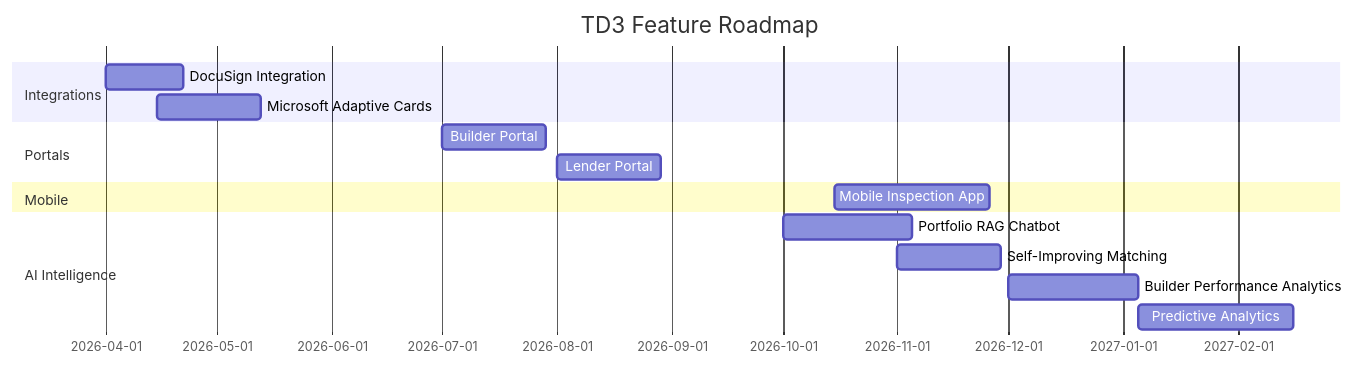
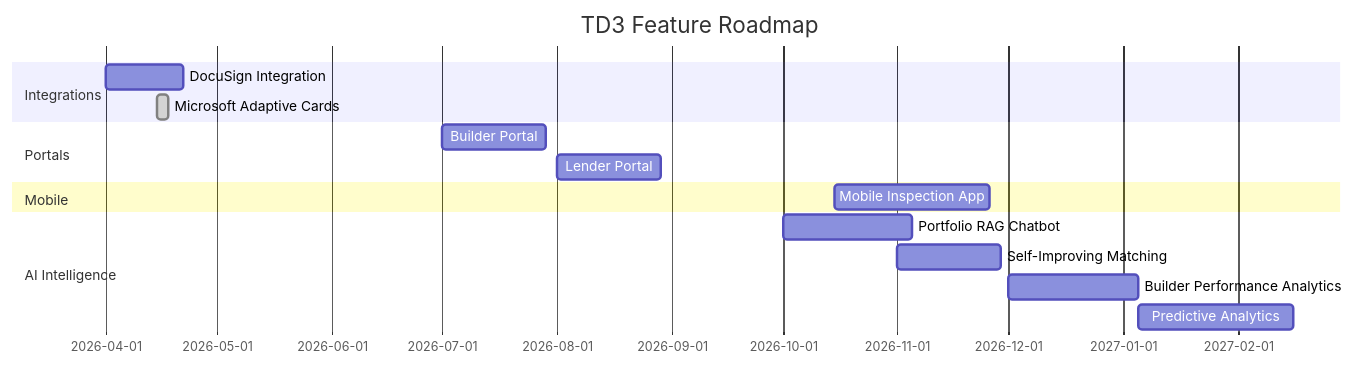
Before and after one commit to grysngrhm-tech/TD3-docs: the second of 2 diagrams in docs/ROADMAP.md, drawn with Mermaid. The commit also changed other lines of this file and 1 other file, not shown here.

````diff
--- a/docs/ROADMAP.md
+++ b/docs/ROADMAP.md
@@ -220,22 +207,22 @@
 ```mermaid
 gantt
     title TD3 Feature Roadmap
     dateFormat YYYY-MM-DD
 
     section Integrations
     DocuSign Integration           :docusign, 2026-04-01, 21d
-    Microsoft Adaptive Cards       :cards, 2026-04-15, 28d
+    Microsoft Adaptive Cards       :done, cards, 2026-04-15, 3d
 
     section Portals
     Builder Portal                 :builder, 2026-07-01, 28d
     Lender Portal                  :lender, 2026-08-01, 28d
 
     section Mobile
     Mobile Inspection App          :mobile, 2026-10-15, 42d
 
     section AI Intelligence
     Portfolio RAG Chatbot          :rag, 2026-10-01, 35d
     Self-Improving Matching        :matching, 2026-11-01, 28d
     Builder Performance Analytics  :builder-perf, 2026-12-01, 35d
     Predictive Analytics           :predictive, 2027-01-05, 42d
 ```
````
